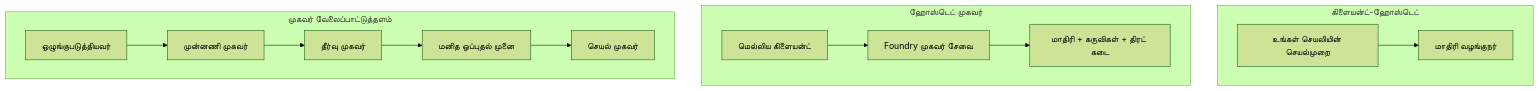
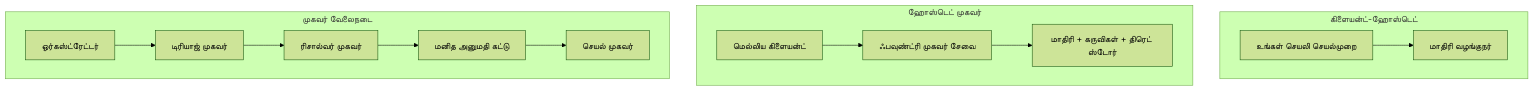
Before and after one commit to gabrielmoreira/agent-skills-mirror: the first of 4 diagrams in mirrors/repos/microsoft@ai-agents-for-beginners/translations/ta/16-deploying-scalable-agents/README.md, drawn with Mermaid (forest theme). The commit also changed other lines of this file and 3581 other files, not shown here.

````diff
--- a/mirrors/repos/microsoft@ai-agents-for-beginners/translations/ta/16-deploying-scalable-agents/README.md
+++ b/mirrors/repos/microsoft@ai-agents-for-beginners/translations/ta/16-deploying-scalable-agents/README.md
@@ -87,16 +87,16 @@
 ```mermaid
 flowchart TB
     subgraph P1[கிளையன்ட்-ஹோஸ்டெட்]
-        A1[உங்கள் செயலியின் செயல்முறை] --> M1[மாதிரி வழங்குநர்]
+        A1[உங்கள் செயலி செயல்முறை] --> M1[மாதிரி வழங்குநர்]
     end
     subgraph P2[ஹோஸ்டெட் முகவர்]
-        A2[மெல்லிய கிளையன்ட்] --> F2[Foundry முகவர் சேவை]
-        F2 --> M2[மாதிரி + கருவிகள் + திரட் கடை]
+        A2[மெல்லிய கிளையன்ட்] --> F2[ஃபவுண்ட்ரி முகவர் சேவை]
+        F2 --> M2[மாதிரி + கருவிகள் + திரெட் ஸ்டோர்]
     end
-    subgraph P3[முகவர் வேலைப்பாட்டுத்தளம்]
-        A3[ஒழுங்குபடுத்தியவர்] --> S1[முன்னணி முகவர்]
-        S1 --> S2[தீர்வு முகவர்]
-        S2 --> H[மனித ஒப்புதல் முனை]
+    subgraph P3[முகவர் வேலைநடை]
+        A3[ஒர்கஸ்ட்ரேட்டர்] --> S1[டிரியாஜ் முகவர்]
+        S1 --> S2[ரிசால்வர் முகவர்]
+        S2 --> H[மனித அனுமதி கட்டு]
         H --> S3[செயல் முகவர்]
     end
 ```
````
